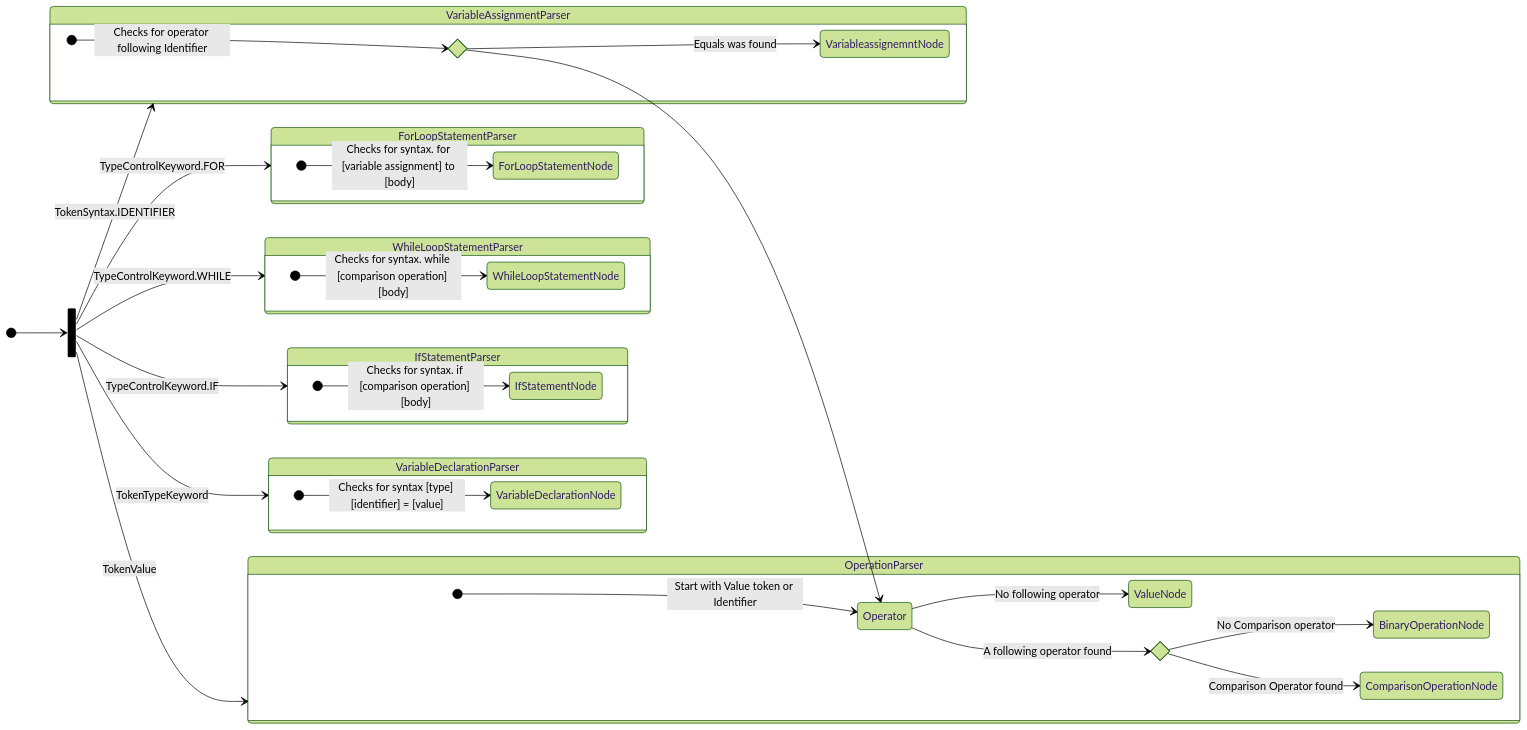
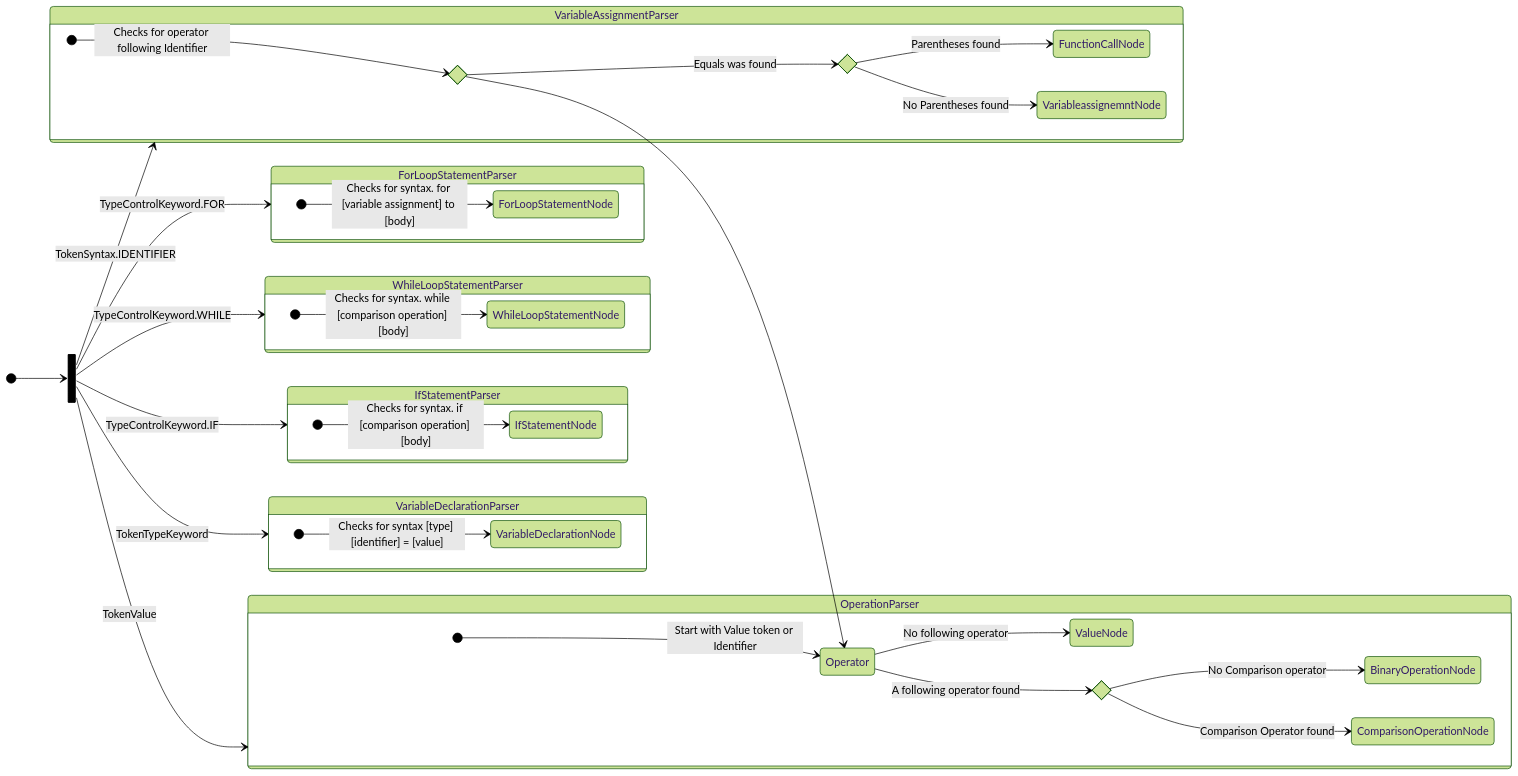
One commit to piratelang/pirate changed the diagram in PirateParser/Parsers/Flowchart.md. Above: the diagram before and after it, drawn with Mermaid (forest theme). The commit also changed 15 other files, not shown here.

````diff
--- a/PirateParser/Parsers/Flowchart.md
+++ b/PirateParser/Parsers/Flowchart.md
@@ -2,52 +2,56 @@
 ```mermaid
 stateDiagram-v2
     direction LR
     state Fork <<fork>>
     [*] --> Fork
 
     Fork --> ForLoopStatementParser : TypeControlKeyword.FOR
     state ForLoopStatementParser {
         direction LR
         [*] --> ForLoopStatementNode : Checks for syntax. for [variable assignment] to [body]
     }
 
     Fork --> WhileLoopStatementParser : TypeControlKeyword.WHILE
     state WhileLoopStatementParser {
         direction LR
         [*] --> WhileLoopStatementNode : Checks for syntax. while [comparison operation] [body]
     }
 
     Fork --> IfStatementParser : TypeControlKeyword.IF
     state IfStatementParser {
         direction LR
         [*] --> IfStatementNode : Checks for syntax. if [comparison operation] [body]
     }
 
     Fork --> VariableDeclarationParser : TokenTypeKeyword
     state VariableDeclarationParser {
         direction LR
         [*] --> VariableDeclarationNode : Checks for syntax [type] [identifier] = [value]
     }
 
     Fork--> VariableAssignmentParser : TokenSyntax.IDENTIFIER
     state VariableAssignmentParser {
         direction LR
         state EqualsOperator <<choice>>
         [*] --> EqualsOperator : Checks for operator following Identifier
-        EqualsOperator --> VariableassignemntNode : Equals was found
+        state LeftParantheses <<choice>>
+        EqualsOperator --> LeftParantheses: Equals was found
+        LeftParantheses --> FunctionCallNode : Parentheses found
+        LeftParantheses --> VariableassignemntNode : No Parentheses found
+
     }
     EqualsOperator --> Operator
     
     Fork --> OperationParser : TokenValue
     state OperationParser{
         direction LR
         state Operator <<choice>>
         [*] --> Operator : Start with Value token or Identifier
         Operator --> ValueNode : No following operator
 
         state DoubleOperator <<choice>>
         Operator --> DoubleOperator : A following operator found
         DoubleOperator --> BinaryOperationNode : No Comparison operator
         DoubleOperator --> ComparisonOperationNode : Comparison Operator found
     }
 ```
````
